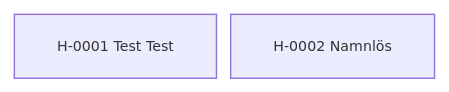
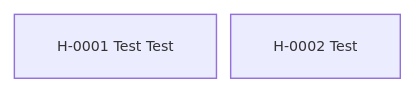
The diagram in content/02. Register/02.3 Stamtavlor/Fristående hästar.md (awoltmp/horse-registry), drawn with Mermaid before and after one commit. The commit also changed other lines of this file and 23 other files, not shown here.

````diff
--- a/content/02. Register/02.3 Stamtavlor/Fristående hästar.md
+++ b/content/02. Register/02.3 Stamtavlor/Fristående hästar.md
@@ -23,7 +23,7 @@
 ```mermaid
 %%{init: {"flowchart": {"nodeSpacing": 10, "rankSpacing": 18, "curve": "basis", "htmlLabels": true}, "themeVariables": {"fontSize": "10px"}}}%%
 flowchart TB
     h0["H-0001 Test Test"]
-    h1["H-0002 Namnlös"]
+    h1["H-0002 Test"]
     class h0,h1 internal-link;
 ```
````
